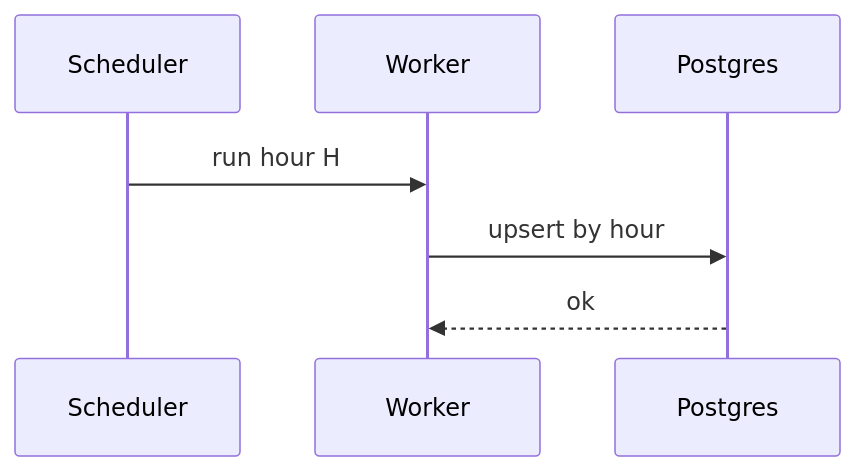
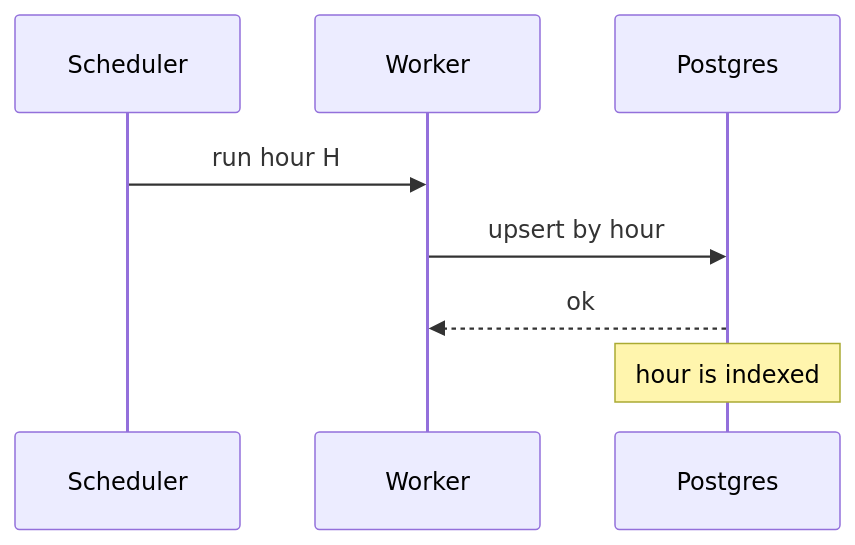
One commit to hodkep/agent-world changed the second of 2 diagrams in e2e/fixtures/a2ui-reply.md. Above: the diagram before and after it, drawn with Mermaid. The commit also changed 7 other files, not shown here.

Commit message:
feat(chat): in a sequence diagram the participants, lifelines, notes and messages can be picked, with a wide hit area for the thin lines

````diff
--- a/e2e/fixtures/a2ui-reply.md
+++ b/e2e/fixtures/a2ui-reply.md
@@ -12,9 +12,10 @@
 ```mermaid
 sequenceDiagram
   participant Sched as Scheduler
   participant Work as Worker
   participant DB as Postgres
   Sched->>Work: run hour H
   Work->>DB: upsert by hour
   DB-->>Work: ok
+  Note over DB: hour is indexed
 ```
````
